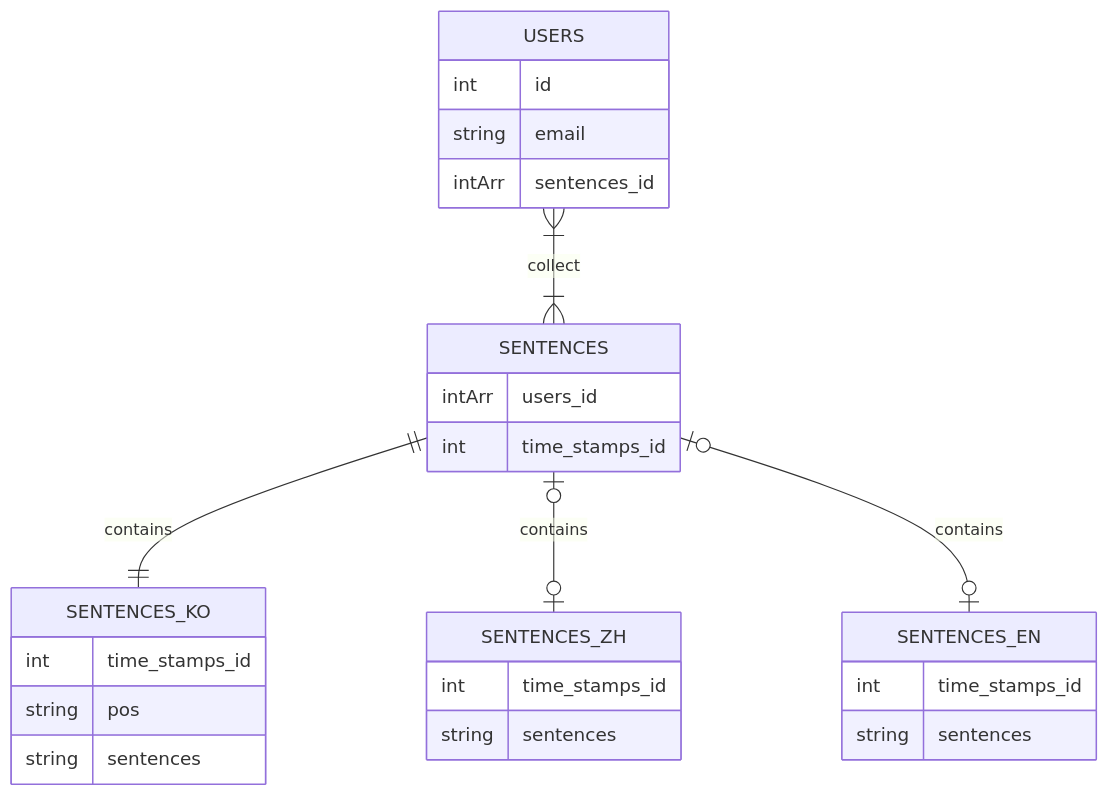
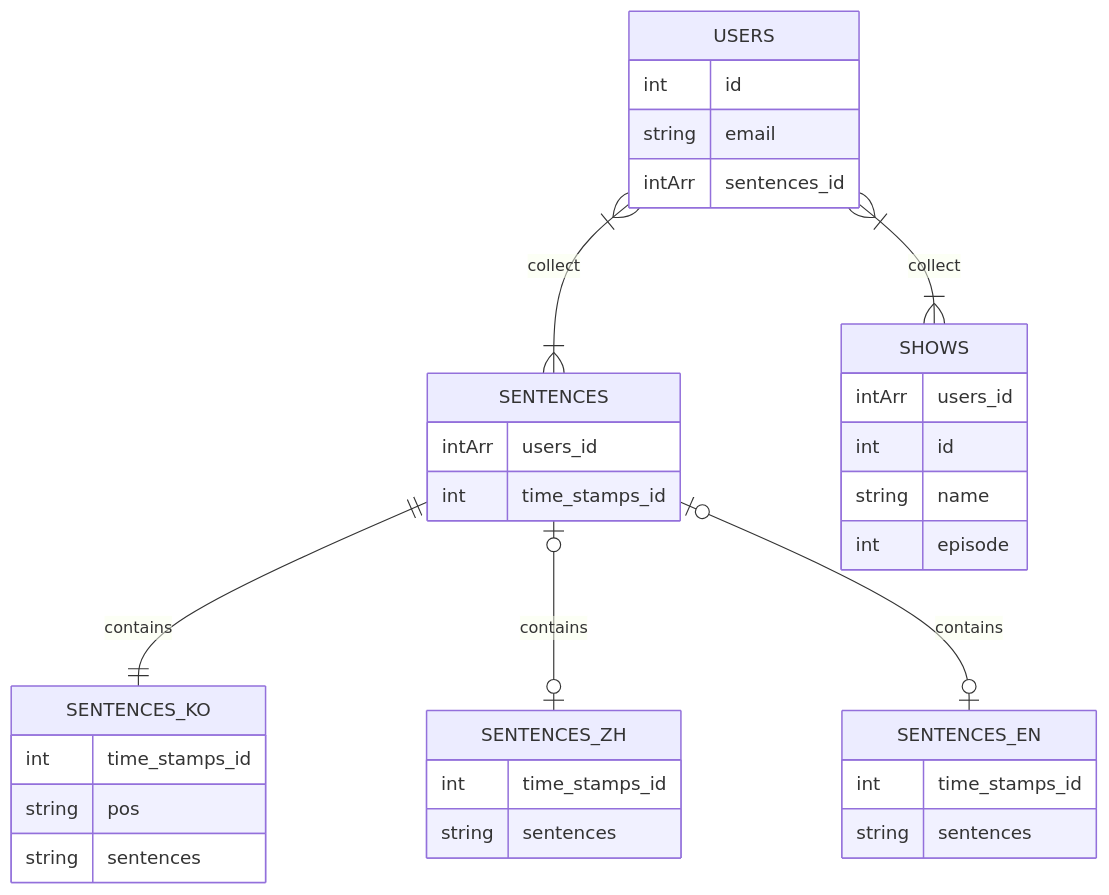
One commit to benson00077/korean-learner-back changed the diagram in README.md. Above: the diagram before and after it, drawn with Mermaid. The commit also changed other lines of this file, not shown here.

Commit message:
docs: update mermaid and roadmap for shows module

````diff
--- a/README.md
+++ b/README.md
@@ -128,30 +131,37 @@
 ```mermaid
 erDiagram
     USERS }|--|{ SENTENCES: collect
     SENTENCES ||--|| SENTENCES_KO: contains
     SENTENCES |o--o| SENTENCES_ZH: contains
     SENTENCES |o--o| SENTENCES_EN: contains
+    USERS }|--|{ SHOWS: collect
 
     USERS {
         int id
         string email
         intArr sentences_id
     }
     SENTENCES {
         intArr users_id
         int time_stamps_id
     }
     SENTENCES_KO {
         int time_stamps_id
         string pos
         string sentences
     }
     SENTENCES_ZH {
         int time_stamps_id
         string sentences
     }
     SENTENCES_EN {
         int time_stamps_id
         string sentences
     }
+    SHOWS {
+        intArr users_id
+        int id
+        string name
+        int episode
+    }
 ```
````
